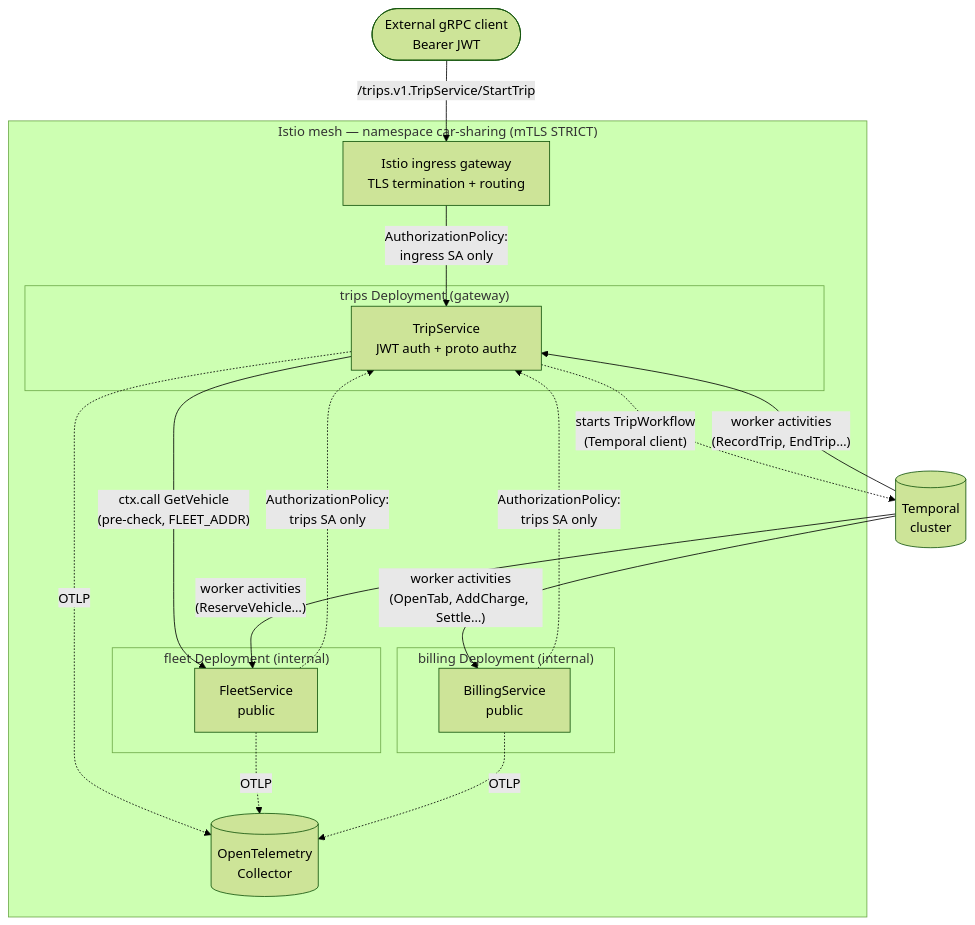
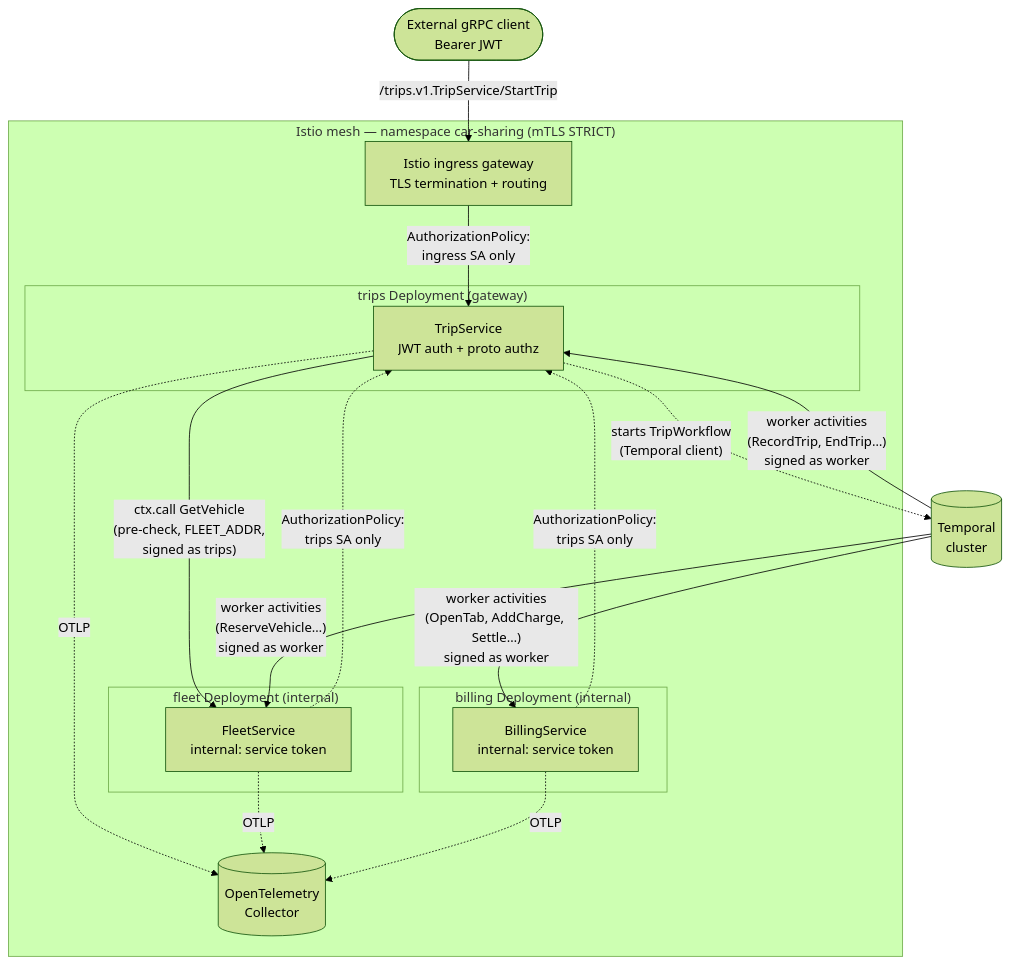
One commit to Connectum-Framework/examples changed the diagram in car-sharing/README.md. Above: the diagram before and after it, drawn with Mermaid (forest theme). The commit also changed other lines of this file and 37 other files, not shown here.

First line of the commit message:
feat(car-sharing): internal service auth with per-service signed tokens (#52)

````diff
--- a/car-sharing/README.md
+++ b/car-sharing/README.md
@@ -41,35 +41,35 @@
 ```mermaid
 flowchart TB
     client([External gRPC client<br/>Bearer JWT])
 
     subgraph mesh["Istio mesh — namespace car-sharing (mTLS STRICT)"]
         ingress[Istio ingress gateway<br/>TLS termination + routing]
 
         subgraph trips["trips Deployment (gateway)"]
             tripsApp[TripService<br/>JWT auth + proto authz]
         end
         subgraph fleet["fleet Deployment (internal)"]
-            fleetApp[FleetService<br/>public]
+            fleetApp[FleetService<br/>internal: service token]
         end
         subgraph billing["billing Deployment (internal)"]
-            billingApp[BillingService<br/>public]
+            billingApp[BillingService<br/>internal: service token]
         end
 
         otel[(OpenTelemetry<br/>Collector)]
     end
 
     client -->|"/trips.v1.TripService/StartTrip"| ingress
     ingress -->|"AuthorizationPolicy:<br/>ingress SA only"| tripsApp
-    tripsApp -->|"ctx.call GetVehicle<br/>(pre-check, FLEET_ADDR)"| fleetApp
+    tripsApp -->|"ctx.call GetVehicle<br/>(pre-check, FLEET_ADDR,<br/>signed as trips)"| fleetApp
     tripsApp -.->|"starts TripWorkflow<br/>(Temporal client)"| temporal[(Temporal<br/>cluster)]
-    temporal -->|"worker activities<br/>(ReserveVehicle…)"| fleetApp
-    temporal -->|"worker activities<br/>(RecordTrip, EndTrip…)"| tripsApp
-    temporal -->|"worker activities<br/>(OpenTab, AddCharge, Settle…)"| billingApp
+    temporal -->|"worker activities<br/>(ReserveVehicle…)<br/>signed as worker"| fleetApp
+    temporal -->|"worker activities<br/>(RecordTrip, EndTrip…)<br/>signed as worker"| tripsApp
+    temporal -->|"worker activities<br/>(OpenTab, AddCharge, Settle…)<br/>signed as worker"| billingApp
 
     fleetApp -. "AuthorizationPolicy:<br/>trips SA only" .-> tripsApp
     billingApp -. "AuthorizationPolicy:<br/>trips SA only" .-> tripsApp
 
     tripsApp -.->|OTLP| otel
     fleetApp -.->|OTLP| otel
     billingApp -.->|OTLP| otel
 ```
````
